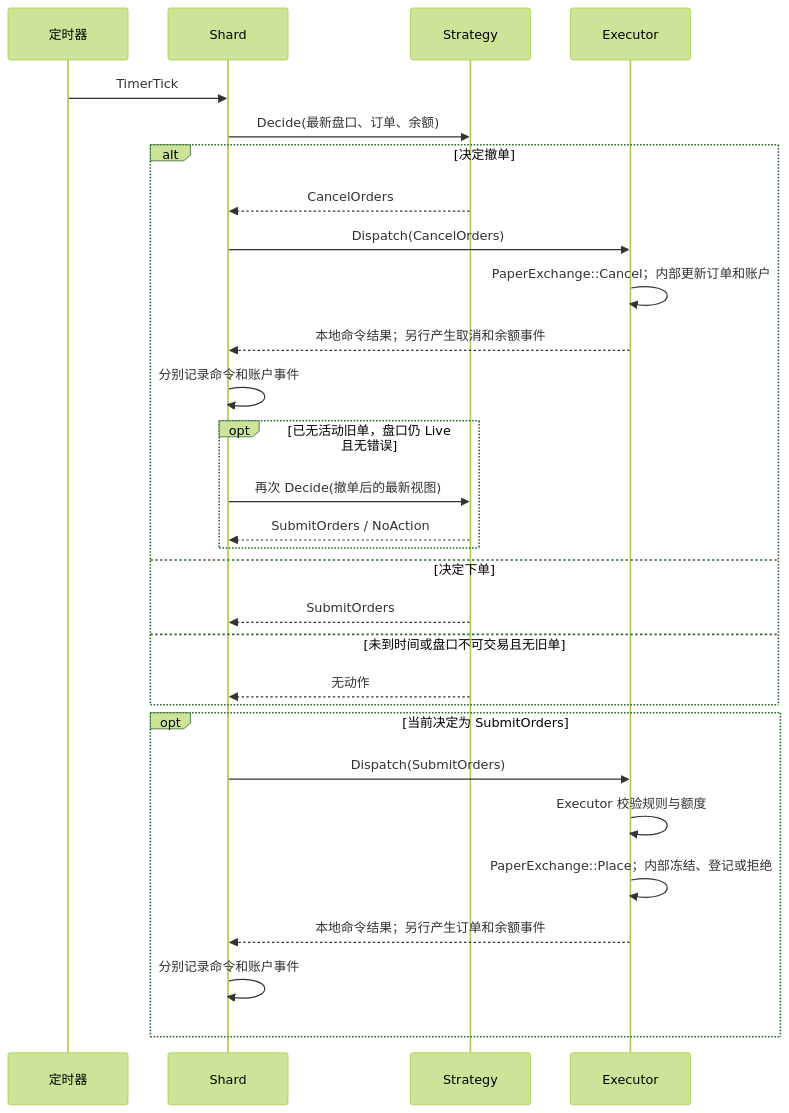
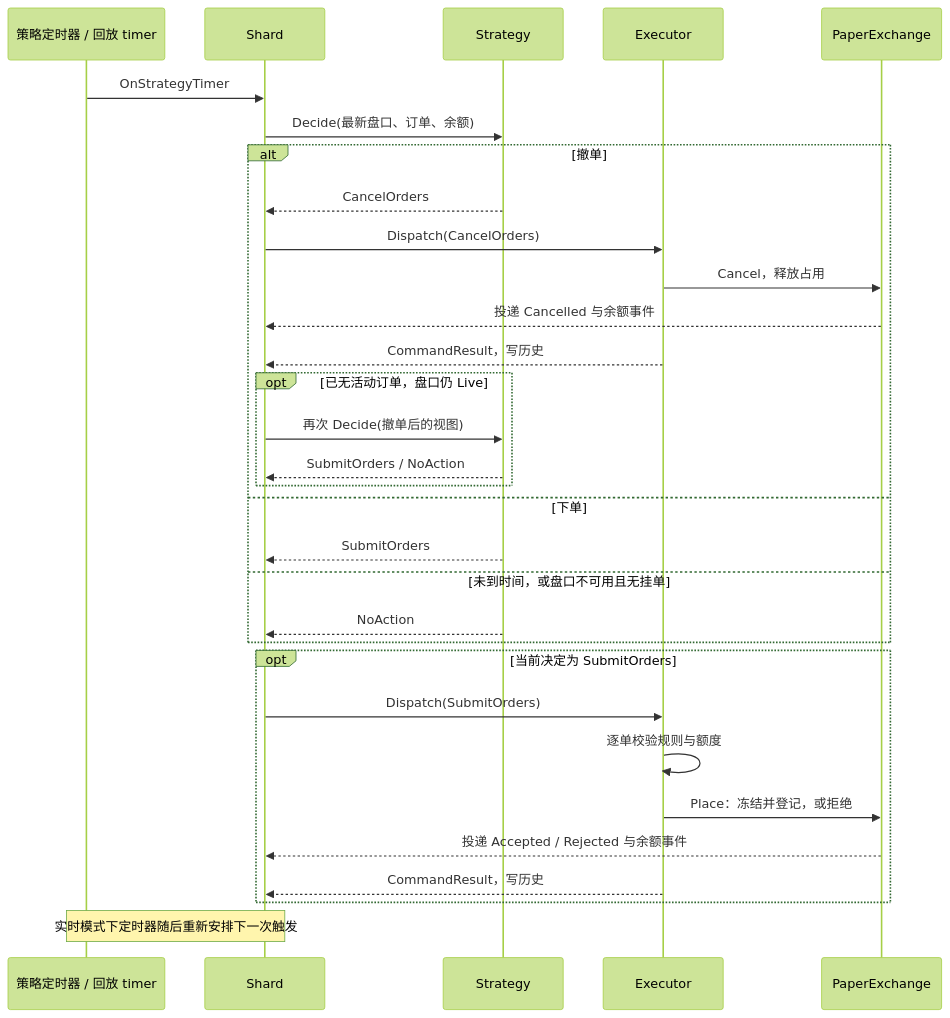
The ninth of 12 diagrams in docs/DESIGN.md (larrystd/hbot-quant), drawn with Mermaid (forest theme) before and after one commit. The commit also changed other lines of this file and 57 other files, not shown here.

```diff
--- a/docs/DESIGN.md
+++ b/docs/DESIGN.md
@@ -394,31 +790,33 @@
 ~~~mermaid
 sequenceDiagram
-    participant T as 定时器
+    participant T as 策略定时器 / 回放 timer
     participant S as Shard
     participant P as Strategy
     participant E as Executor
-    T->>S: TimerTick
+    participant X as PaperExchange
+    T->>S: OnStrategyTimer
     S->>P: Decide(最新盘口、订单、余额)
-    alt 决定撤单
+    alt 撤单
         P-->>S: CancelOrders
         S->>E: Dispatch(CancelOrders)
-        E->>E: PaperExchange::Cancel；内部更新订单和账户
-        E-->>S: 本地命令结果；另行产生取消和余额事件
-        S->>S: 分别记录命令和账户事件
-        opt 已无活动旧单，盘口仍 Live 且无错误
-            S->>P: 再次 Decide(撤单后的最新视图)
+        E->>X: Cancel，释放占用
+        X-->>S: 投递 Cancelled 与余额事件
+        E-->>S: CommandResult，写历史
+        opt 已无活动订单，盘口仍 Live
+            S->>P: 再次 Decide(撤单后的视图)
             P-->>S: SubmitOrders / NoAction
         end
-    else 决定下单
+    else 下单
         P-->>S: SubmitOrders
-    else 未到时间或盘口不可交易且无旧单
-        P-->>S: 无动作
+    else 未到时间，或盘口不可用且无挂单
+        P-->>S: NoAction
     end
     opt 当前决定为 SubmitOrders
         S->>E: Dispatch(SubmitOrders)
-        E->>E: Executor 校验规则与额度
-        E->>E: PaperExchange::Place；内部冻结、登记或拒绝
-        E-->>S: 本地命令结果；另行产生订单和余额事件
-        S->>S: 分别记录命令和账户事件
+        E->>E: 逐单校验规则与额度
+        E->>X: Place：冻结并登记，或拒绝
+        X-->>S: 投递 Accepted / Rejected 与余额事件
+        E-->>S: CommandResult，写历史
     end
+    Note over T,S: 实时模式下定时器随后重新安排下一次触发
 ~~~
```
